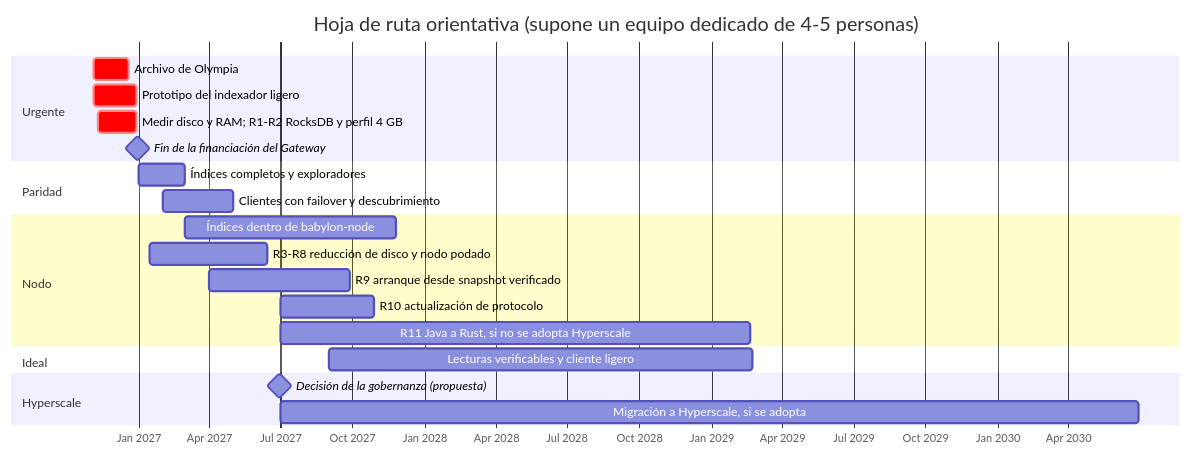
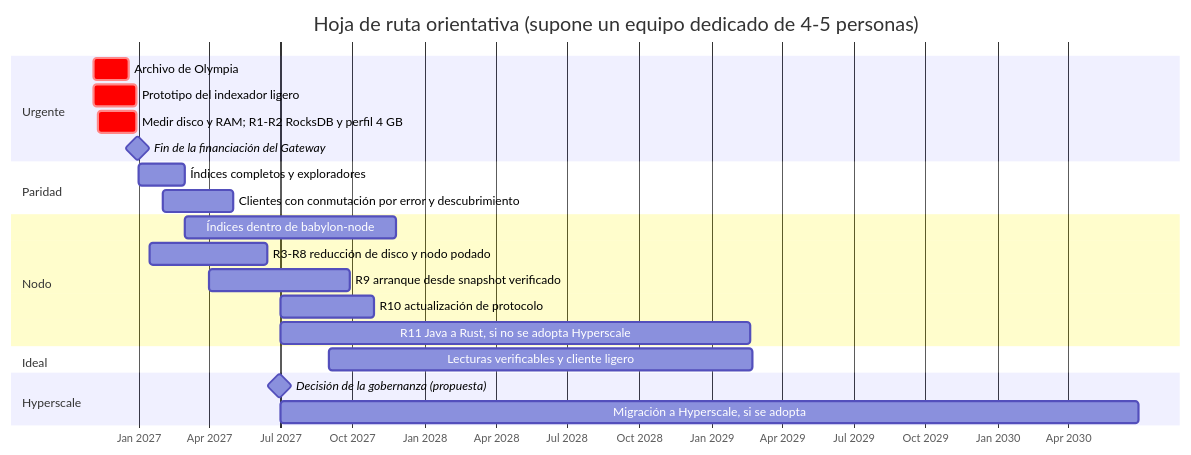
The diagram in docs/es/08-hoja-de-ruta.md (dazligth/radix-decentralization-roadmap), drawn with Mermaid before and after one commit. The commit also changed 22 other files, not shown here.

````diff
--- a/docs/es/08-hoja-de-ruta.md
+++ b/docs/es/08-hoja-de-ruta.md
@@ -12,25 +12,25 @@
 ```mermaid
 gantt
     title Hoja de ruta orientativa (supone un equipo dedicado de 4-5 personas)
     dateFormat YYYY-MM-DD
     axisFormat %b %Y
     section Urgente
     Archivo de Olympia                       :crit, 2026-11-05, 45d
     Prototipo del indexador ligero           :crit, 2026-11-05, 55d
     Medir disco y RAM; R1-R2 RocksDB y perfil 4 GB :crit, 2026-11-10, 50d
     Fin de la financiación del Gateway       :milestone, 2026-12-31, 0d
     section Paridad
     Índices completos y exploradores         :2027-01-01, 60d
-    Clientes con failover y descubrimiento   :2027-02-01, 90d
+    Clientes con conmutación por error y descubrimiento   :2027-02-01, 90d
     section Nodo
     Índices dentro de babylon-node           :2027-03-01, 270d
     R3-R8 reducción de disco y nodo podado   :2027-01-15, 150d
     R9 arranque desde snapshot verificado    :2027-04-01, 180d
     R10 actualización de protocolo           :2027-07-01, 120d
     R11 Java a Rust, si no se adopta Hyperscale :2027-07-01, 600d
     section Ideal
     Lecturas verificables y cliente ligero   :2027-09-01, 540d
     section Hyperscale
     Decisión de la gobernanza (propuesta)    :milestone, 2027-06-30, 0d
     Migración a Hyperscale, si se adopta     :2027-07-01, 1095d
 ```
````
